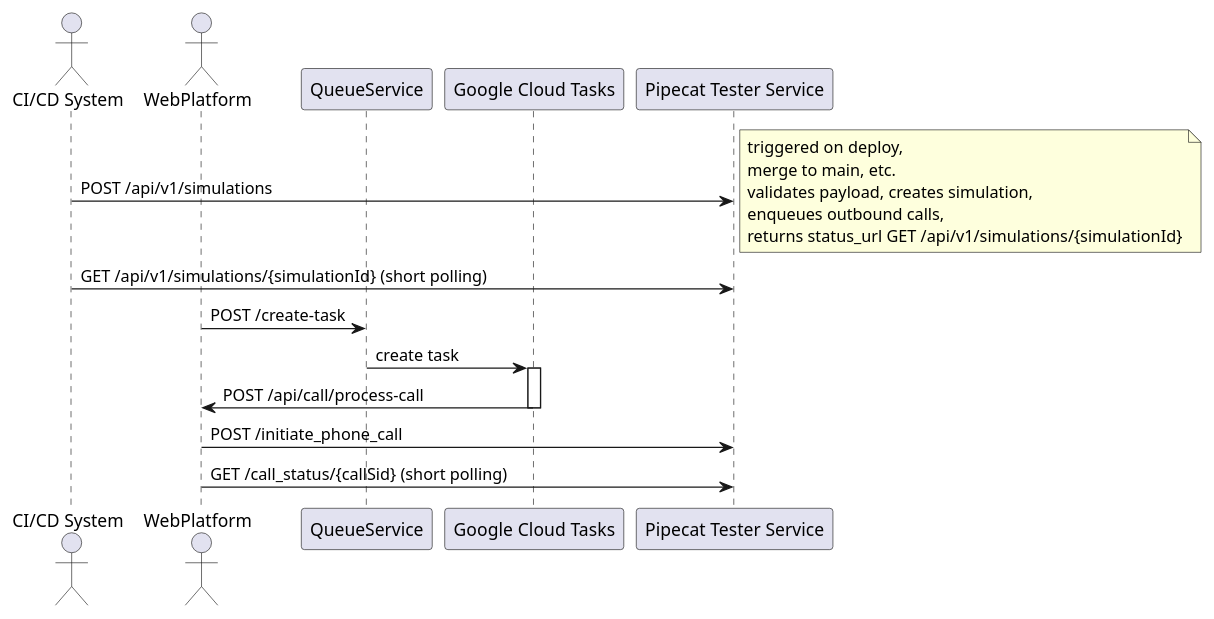
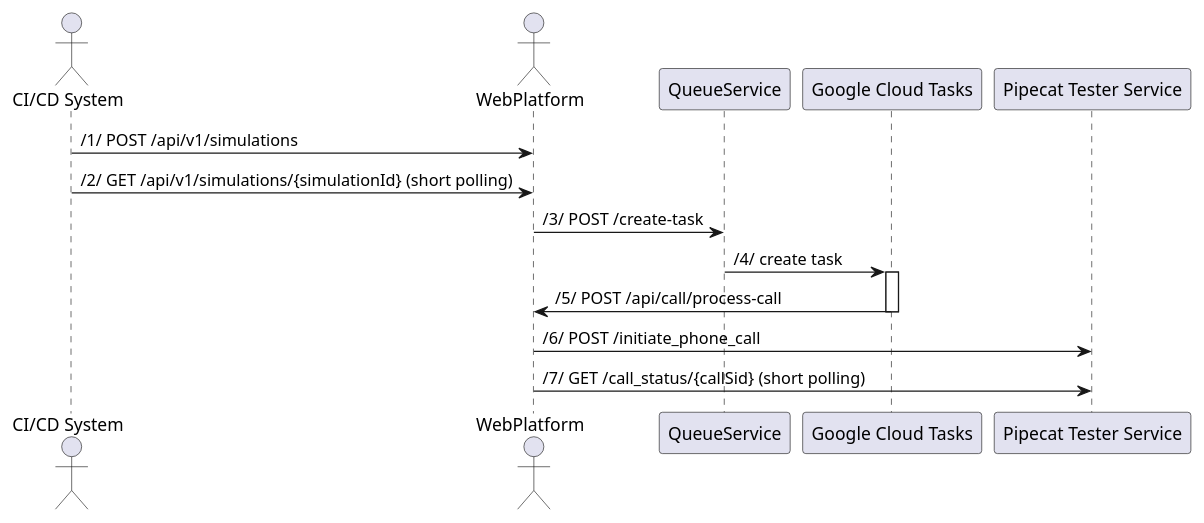
The diagram in sequence-diagram.puml (msha-spacestep/sequence-diagram), drawn with PlantUML before and after one commit. The commit also changed other lines of this file, not shown here.

Commit message:
Refactor sequence diagram to enhance clarity: added step numbers to API interactions and updated actor roles for better understanding of the workflow.

```diff
--- a/sequence-diagram.puml
+++ b/sequence-diagram.puml
@@ -1,22 +1,20 @@
-@startuml
+
+
 actor "CI/CD System" as CICD
 actor WebPlatform
 
 participant QueueService
 participant "Google Cloud Tasks" as GCT
 participant "Pipecat Tester Service" as Pipecat
 
-CICD -> Pipecat : POST /api/v1/simulations
-note right: triggered on deploy,\nmerge to main, etc.\nvalidates payload, creates simulation,\nenqueues outbound calls,\nreturns status_url GET /api/v1/simulations/{simulationId}
-CICD -> Pipecat : GET /api/v1/simulations/{simulationId} (short polling)
+CICD -> WebPlatform : /1/ POST /api/v1/simulations
+CICD -> WebPlatform : /2/ GET /api/v1/simulations/{simulationId} (short polling)
 
 
-WebPlatform -> QueueService : POST /create-task
-QueueService -> GCT : create task
+WebPlatform -> QueueService : /3/ POST /create-task
+QueueService -> GCT : /4/ create task
 activate GCT
-GCT -> WebPlatform : POST /api/call/process-call
+GCT -> WebPlatform : /5/ POST /api/call/process-call
 deactivate GCT
-WebPlatform -> Pipecat : POST /initiate_phone_call
-WebPlatform -> Pipecat : GET /call_status/{callSid} (short polling)
-
-@enduml
+WebPlatform -> Pipecat : /6/ POST /initiate_phone_call
+WebPlatform -> Pipecat : /7/ GET /call_status/{callSid} (short polling)
```
